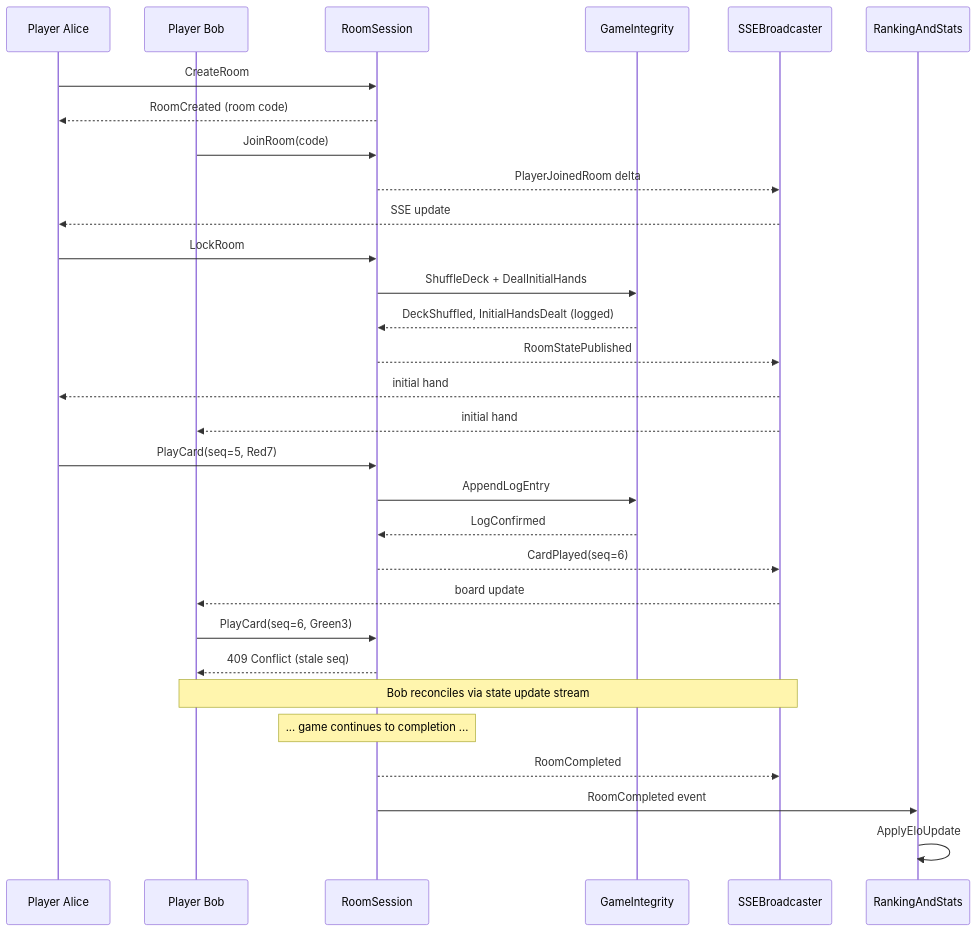
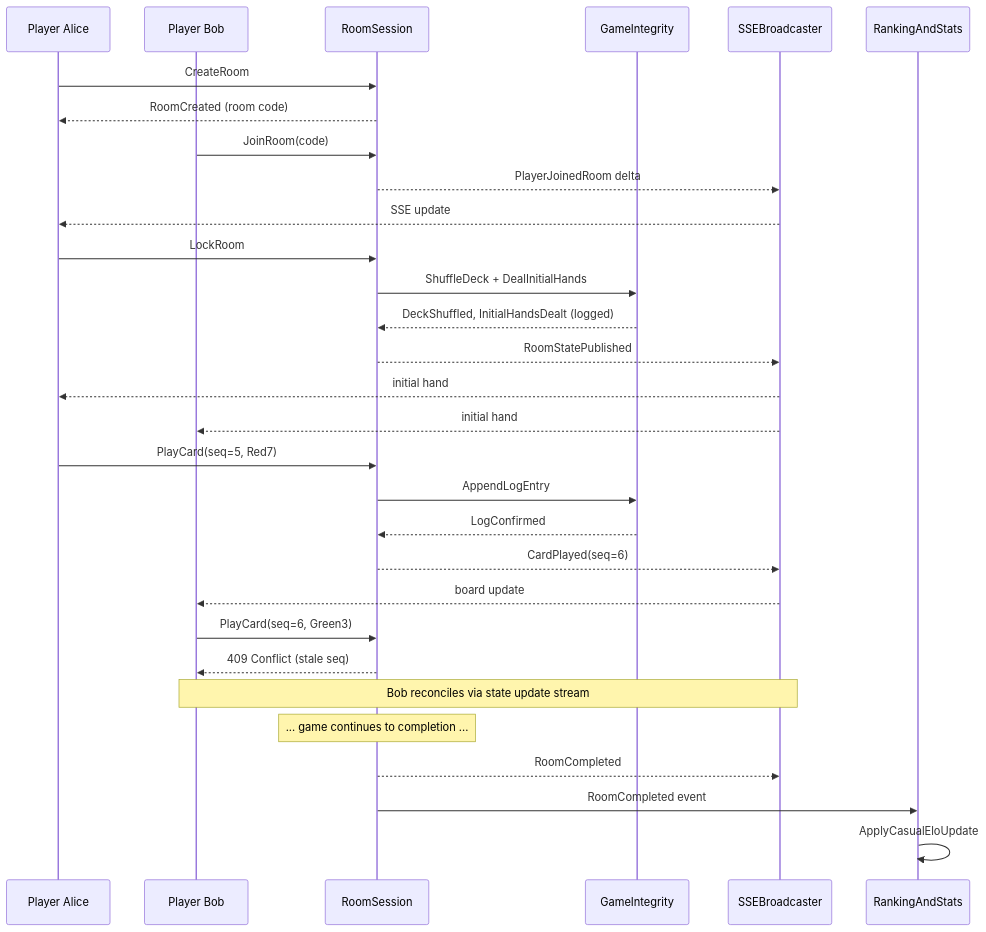
The first of 3 diagrams in docs/raw/Design Assignment.md (FSendot/uno-arena), drawn with Mermaid before and after one commit. The commit also changed other lines of this file, not shown here.

````diff
--- a/docs/raw/Design Assignment.md
+++ b/docs/raw/Design Assignment.md
@@ -51,37 +52,37 @@
 ```mermaid
 sequenceDiagram
     participant Alice as Player Alice
     participant Bob as Player Bob
     participant RS as RoomSession
     participant GI as GameIntegrity
     participant SSE as SSEBroadcaster
     participant Rank as RankingAndStats
 
     Alice->>RS: CreateRoom
     RS-->>Alice: RoomCreated (room code)
     Bob->>RS: JoinRoom(code)
     RS-->>SSE: PlayerJoinedRoom delta
     SSE-->>Alice: SSE update
 
     Alice->>RS: LockRoom
     RS->>GI: ShuffleDeck + DealInitialHands
     GI-->>RS: DeckShuffled, InitialHandsDealt (logged)
     RS-->>SSE: RoomStatePublished
     SSE-->>Alice: initial hand
     SSE-->>Bob: initial hand
 
     Alice->>RS: PlayCard(seq=5, Red7)
     RS->>GI: AppendLogEntry
     GI-->>RS: LogConfirmed
     RS-->>SSE: CardPlayed(seq=6)
     SSE-->>Bob: board update
 
     Bob->>RS: PlayCard(seq=6, Green3)
     RS-->>Bob: 409 Conflict (stale seq)
     Note over Bob,SSE: Bob reconciles via state update stream
 
     Note over RS: ... game continues to completion ...
     RS-->>SSE: RoomCompleted
     RS->>Rank: RoomCompleted event
-    Rank->>Rank: ApplyEloUpdate
+    Rank->>Rank: ApplyCasualEloUpdate
 ```
````
